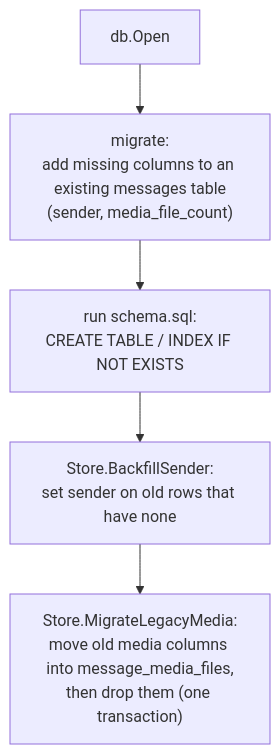
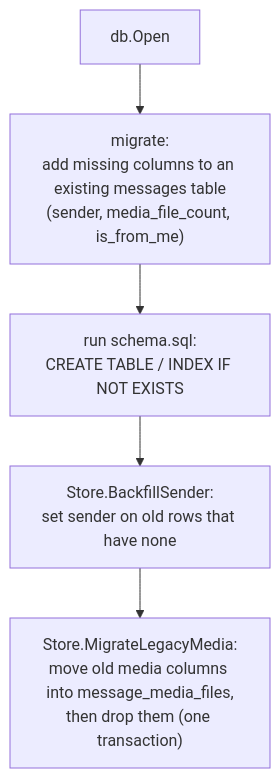
The third of 3 diagrams in docs/DATABASE.md (tongtianqi777/seth-ingestion), drawn with Mermaid before and after one commit. The commit also changed other lines of this file and 11 other files, not shown here.

````diff
--- a/docs/DATABASE.md
+++ b/docs/DATABASE.md
@@ -281,7 +332,7 @@
 ```mermaid
 flowchart TD
-    Open["db.Open"] --> Migrate["migrate:<br/>add missing columns to an existing messages table<br/>(sender, media_file_count)"]
+    Open["db.Open"] --> Migrate["migrate:<br/>add missing columns to an existing messages table<br/>(sender, media_file_count, is_from_me)"]
     Migrate --> Schema["run schema.sql:<br/>CREATE TABLE / INDEX IF NOT EXISTS"]
     Schema --> Sender["Store.BackfillSender:<br/>set sender on old rows that have none"]
     Sender --> Legacy["Store.MigrateLegacyMedia:<br/>move old media columns into message_media_files,<br/>then drop them (one transaction)"]
 ```
````
